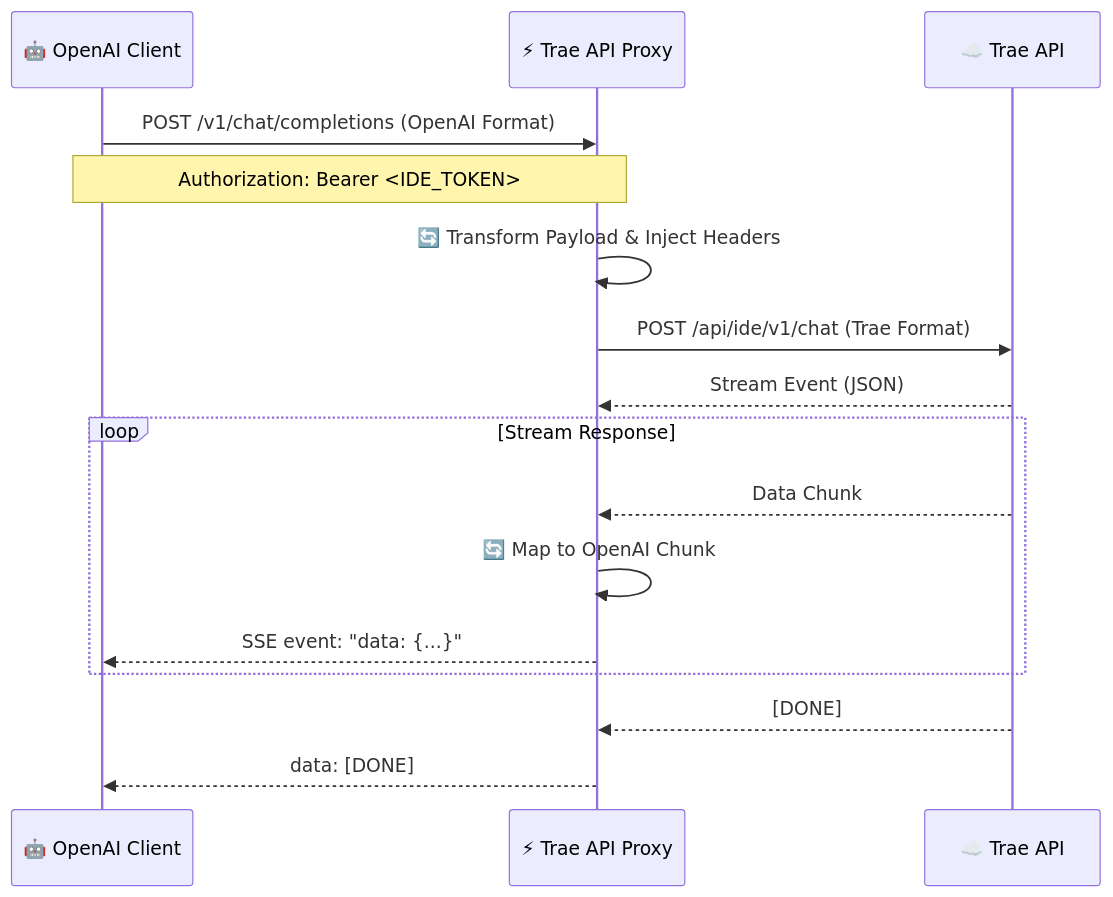
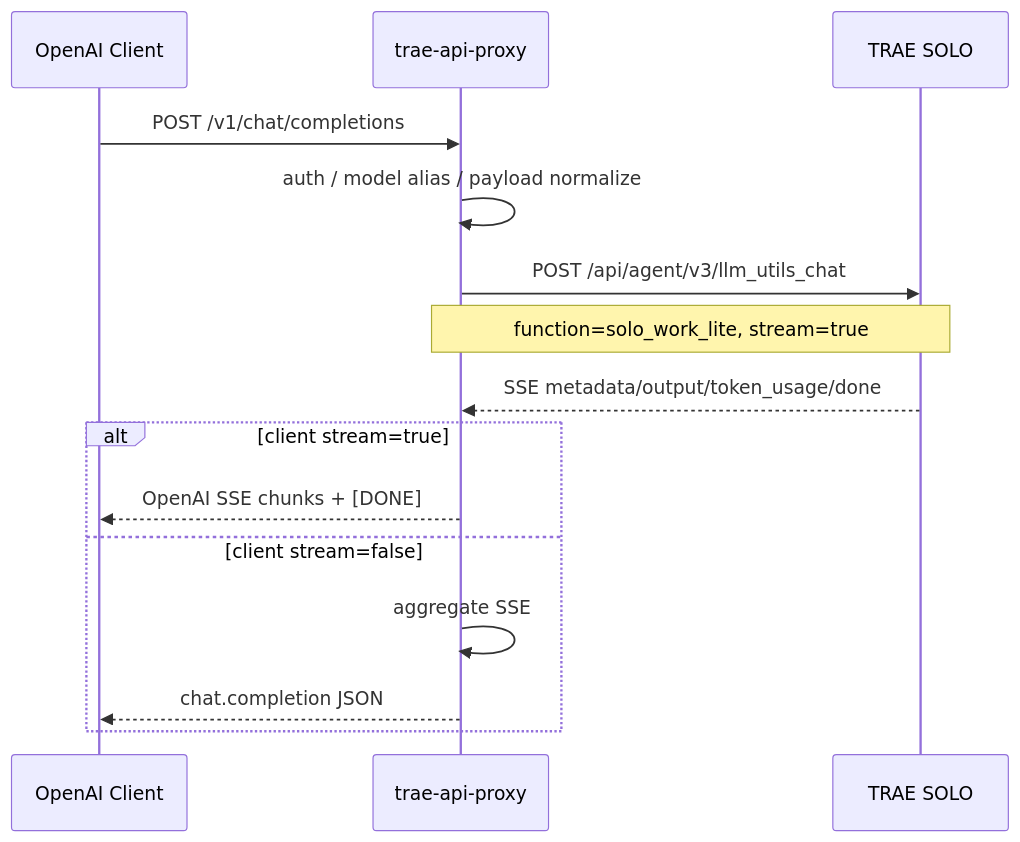
The diagram in README.md (muskke/trae-api-proxy), drawn with Mermaid before and after one commit. The commit also changed other lines of this file and 3 other files, not shown here.

````diff
--- a/README.md
+++ b/README.md
@@ -37,23 +28,18 @@
 ```mermaid
 sequenceDiagram
-    participant Client as 🤖 OpenAI Client
-    participant Proxy as ⚡ Trae API Proxy
-    participant Trae as ☁️ Trae API
+    participant Client as OpenAI Client
+    participant Proxy as trae-api-proxy
+    participant Trae as TRAE SOLO
 
-    Client->>Proxy: POST /v1/chat/completions (OpenAI Format)
-    Note over Client,Proxy: Authorization: Bearer <IDE_TOKEN>
-    
-    Proxy->>Proxy: 🔄 Transform Payload & Inject Headers
-    
-    Proxy->>Trae: POST /api/ide/v1/chat (Trae Format)
-    Trae-->>Proxy: Stream Event (JSON)
-    
-    loop Stream Response
-        Trae-->>Proxy: Data Chunk
-        Proxy->>Proxy: 🔄 Map to OpenAI Chunk
-        Proxy-->>Client: SSE event: "data: {...}"
+    Client->>Proxy: POST /v1/chat/completions
+    Proxy->>Proxy: auth / model alias / payload normalize
+    Proxy->>Trae: POST /api/agent/v3/llm_utils_chat
+    Note over Proxy,Trae: function=solo_work_lite, stream=true
+    Trae-->>Proxy: SSE metadata/output/token_usage/done
+    alt client stream=true
+        Proxy-->>Client: OpenAI SSE chunks + [DONE]
+    else client stream=false
+        Proxy->>Proxy: aggregate SSE
+        Proxy-->>Client: chat.completion JSON
     end
-    
-    Trae-->>Proxy: [DONE]
-    Proxy-->>Client: data: [DONE]
 ```
````
